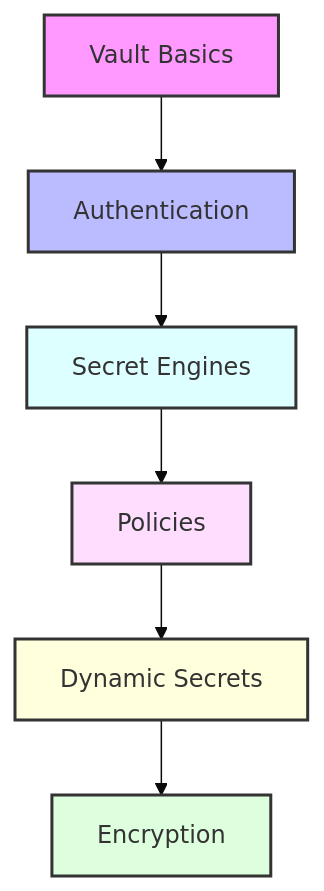
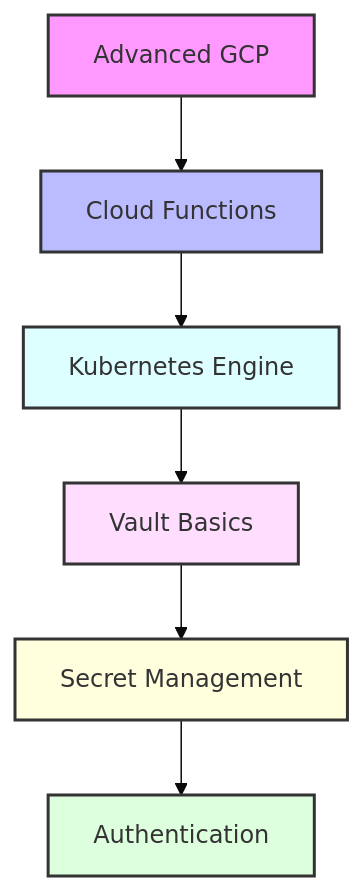
The diagram in days/day-08/README.md (dbsectrainer/devOps_tools), drawn with Mermaid (base theme) before and after one commit. The commit also changed other lines of this file and 35 other files, not shown here.

````diff
--- a/days/day-08/README.md
+++ b/days/day-08/README.md
@@ -6,15 +8,15 @@
 ```mermaid
 graph TD
-    A[Vault Basics] --> B[Authentication]
-    B --> C[Secret Engines]
-    C --> D[Policies]
-    D --> E[Dynamic Secrets]
-    E --> F[Encryption]
+    A[Advanced GCP] --> B[Cloud Functions]
+    B --> C[Kubernetes Engine]
+    C --> D[Vault Basics]
+    D --> E[Secret Management]
+    E --> F[Authentication]
 
     style A fill:#f9f,stroke:#333,stroke-width:2px
     style B fill:#bbf,stroke:#333,stroke-width:2px
     style C fill:#dff,stroke:#333,stroke-width:2px
     style D fill:#fdf,stroke:#333,stroke-width:2px
     style E fill:#ffd,stroke:#333,stroke-width:2px
     style F fill:#dfd,stroke:#333,stroke-width:2px
 ```
````
